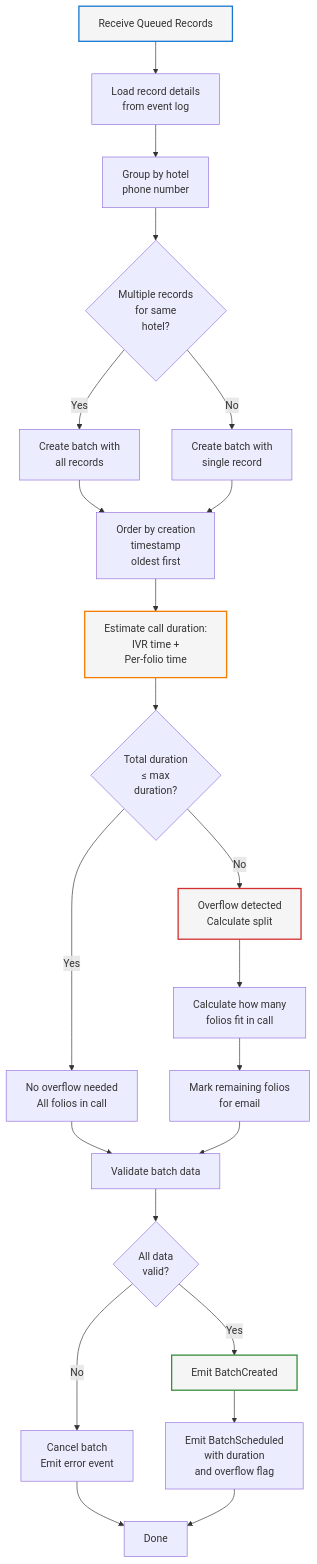
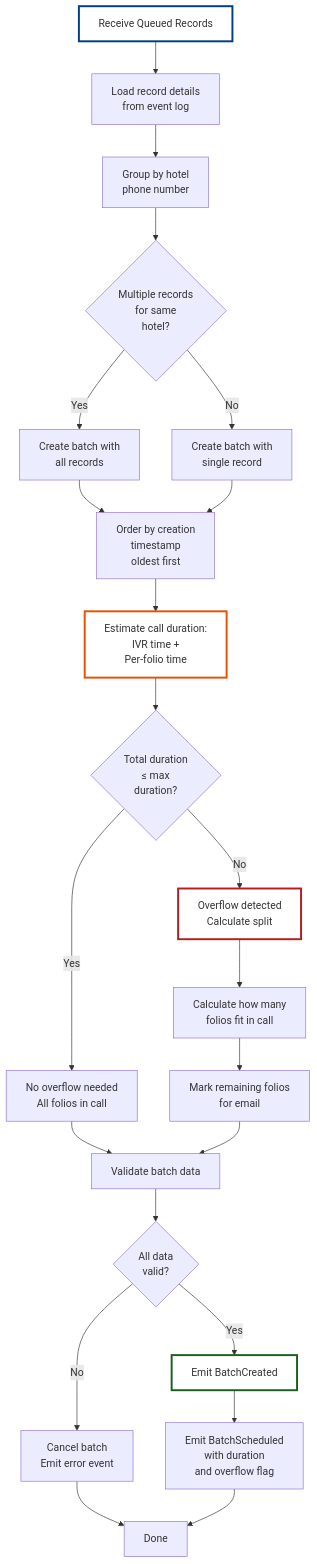
One commit to Org-for-Folio-AI/FolioAISpecs changed the diagram in design/components/02-Batching-Engine.md. Above: the diagram before and after it, drawn with Mermaid. The commit also changed 11 other files, not shown here.

First line of the commit message:
Improve mermaid diagrams: increase font size, darker colors, thicker strokes

````diff
--- a/design/components/02-Batching-Engine.md
+++ b/design/components/02-Batching-Engine.md
@@ -49,41 +49,42 @@
 ```mermaid
+%%{init: {'fontSize': 18, 'fontFamily': 'arial'}}%%
 flowchart TD
     Start["Receive Queued Records"] --> Load["Load record details<br/>from event log"]
     Load --> Group["Group by hotel<br/>phone number"]
 
     Group --> Batch{Multiple records<br/>for same<br/>hotel?}
 
     Batch -->|Yes| CreateBatch["Create batch with<br/>all records"]
     Batch -->|No| SingleBatch["Create batch with<br/>single record"]
 
     CreateBatch --> Order["Order by creation<br/>timestamp<br/>oldest first"]
     SingleBatch --> Order
 
     Order --> Estimate["Estimate call duration:<br/>IVR time +<br/>Per-folio time"]
 
     Estimate --> EstResult{Total duration<br/>≤ max<br/>duration?}
 
     EstResult -->|Yes| NoOverflow["No overflow needed<br/>All folios in call"]
     EstResult -->|No| Overflow["Overflow detected<br/>Calculate split"]
 
     Overflow --> CalcSplit["Calculate how many<br/>folios fit in call"]
     CalcSplit --> MarkOverflow["Mark remaining folios<br/>for email"]
 
     NoOverflow --> Validate["Validate batch data"]
     MarkOverflow --> Validate
 
     Validate --> Valid{All data<br/>valid?}
 
     Valid -->|Yes| EmitBatch["Emit BatchCreated"]
     Valid -->|No| Cancel["Cancel batch<br/>Emit error event"]
 
     EmitBatch --> EmitSchedule["Emit BatchScheduled<br/>with duration<br/>and overflow flag"]
     Cancel --> Done["Done"]
 
     EmitSchedule --> Done
 
-    style Start stroke:#1976d2,fill:#f5f5f5,stroke-width:2px
-    style Estimate stroke:#f57c00,fill:#f5f5f5,stroke-width:2px
-    style Overflow stroke:#d32f2f,fill:#f5f5f5,stroke-width:2px
-    style EmitBatch stroke:#388e3c,fill:#f5f5f5,stroke-width:2px
+    style Start stroke:#003d82,fill:#ffffff,stroke-width:3px,font-size:16px
+    style Estimate stroke:#e65100,fill:#ffffff,stroke-width:3px,font-size:16px
+    style Overflow stroke:#b71c1c,fill:#ffffff,stroke-width:3px,font-size:16px
+    style EmitBatch stroke:#1b5e20,fill:#ffffff,stroke-width:3px,font-size:16px
 ```
````
